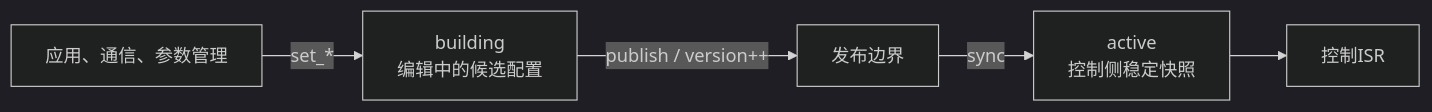
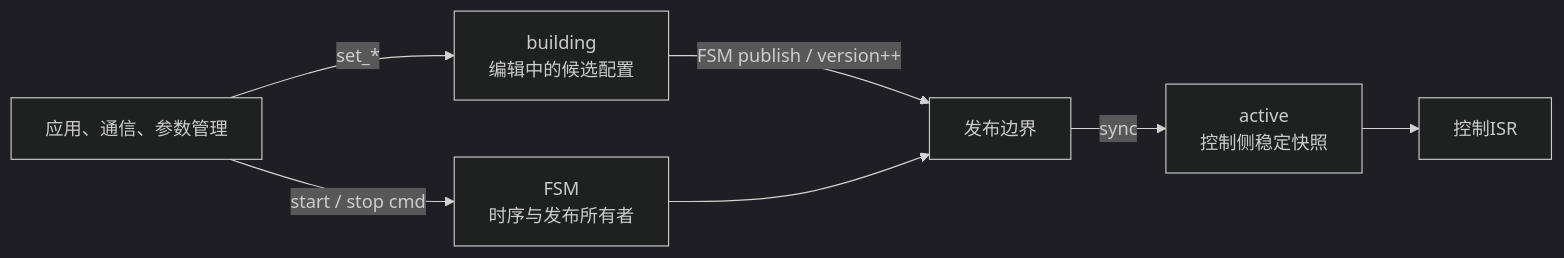
Before and after one commit to MAXLII/ATOMAN: the diagram in docs/design/control/setpoint_publish_design.md, drawn with Mermaid (dark theme). The commit also changed other lines of this file and 10 other files, not shown here.

````diff
--- a/docs/design/control/setpoint_publish_design.md
+++ b/docs/design/control/setpoint_publish_design.md
@@ -16,7 +16,9 @@
 ```mermaid
 flowchart LR
     A["应用、通信、参数管理"] -->|"set_*"| B["building\n编辑中的候选配置"]
-    B -->|"publish / version++"| P["发布边界"]
+    A -->|"start / stop cmd"| F["FSM\n时序与发布所有者"]
+    B -->|"FSM publish / version++"| P["发布边界"]
+    F --> P
     P -->|"sync"| C["active\n控制侧稳定快照"]
     C --> I["控制ISR"]
 ```
````
